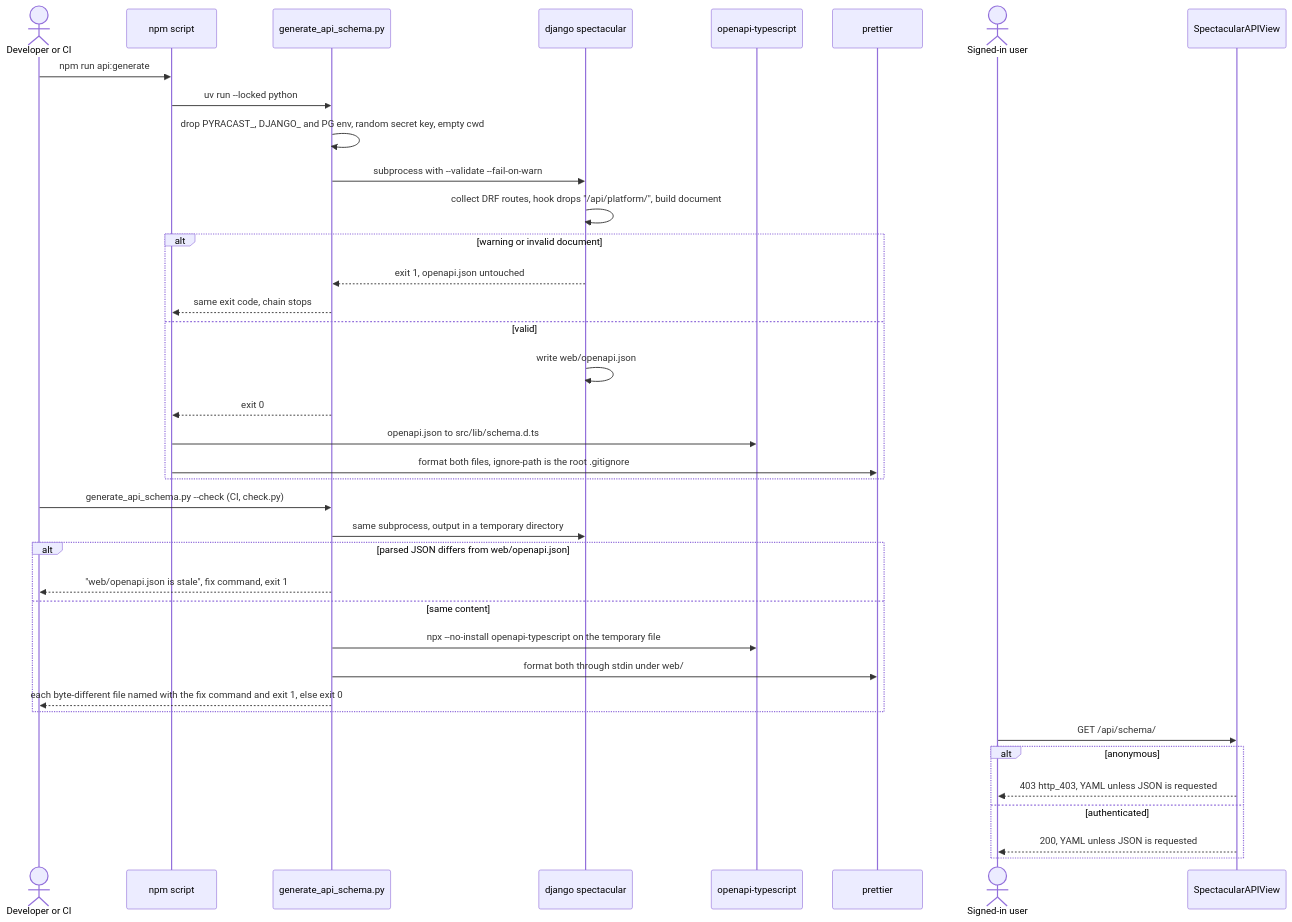
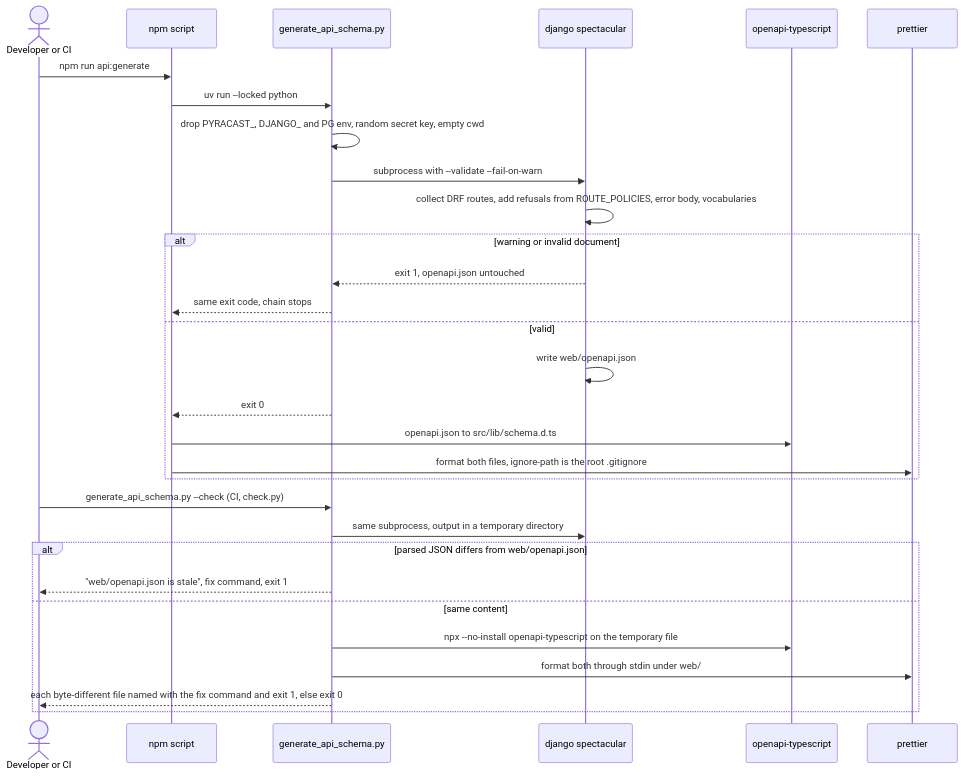
One commit to erkurtharun/pyracast changed the diagram in docs/flows/api-schema-and-client-types.md. Above: the diagram before and after it, drawn with Mermaid. The commit also changed other lines of this file and 85 other files, not shown here.

First line of the commit message:
Bring the flow pages in line with the code (#107)

````diff
--- a/docs/flows/api-schema-and-client-types.md
+++ b/docs/flows/api-schema-and-client-types.md
@@ -16,40 +15,32 @@
 ```mermaid
 sequenceDiagram
     actor Dev as Developer or CI
     participant Npm as npm script
     participant Gen as generate_api_schema.py
     participant Dj as django spectacular
     participant Ts as openapi-typescript
     participant Pr as prettier
-    actor Usr as Signed-in user
-    participant Vw as SpectacularAPIView
     Dev->>Npm: npm run api:generate
     Npm->>Gen: uv run --locked python
     Gen->>Gen: drop PYRACAST_, DJANGO_ and PG env, random secret key, empty cwd
     Gen->>Dj: subprocess with --validate --fail-on-warn
-    Dj->>Dj: collect DRF routes, hook drops "/api/platform/", build document
+    Dj->>Dj: collect DRF routes, add refusals from ROUTE_POLICIES, error body, vocabularies
     alt warning or invalid document
         Dj-->>Gen: exit 1, openapi.json untouched
         Gen-->>Npm: same exit code, chain stops
     else valid
         Dj->>Dj: write web/openapi.json
         Gen-->>Npm: exit 0
         Npm->>Ts: openapi.json to src/lib/schema.d.ts
         Npm->>Pr: format both files, ignore-path is the root .gitignore
     end
     Dev->>Gen: generate_api_schema.py --check (CI, check.py)
     Gen->>Dj: same subprocess, output in a temporary directory
     alt parsed JSON differs from web/openapi.json
         Gen-->>Dev: "web/openapi.json is stale", fix command, exit 1
     else same content
         Gen->>Ts: npx --no-install openapi-typescript on the temporary file
         Gen->>Pr: format both through stdin under web/
         Gen-->>Dev: each byte-different file named with the fix command and exit 1, else exit 0
     end
-    Usr->>Vw: GET /api/schema/
-    alt anonymous
-        Vw-->>Usr: 403 http_403, YAML unless JSON is requested
-    else authenticated
-        Vw-->>Usr: 200, YAML unless JSON is requested
-    end
 ```
````
